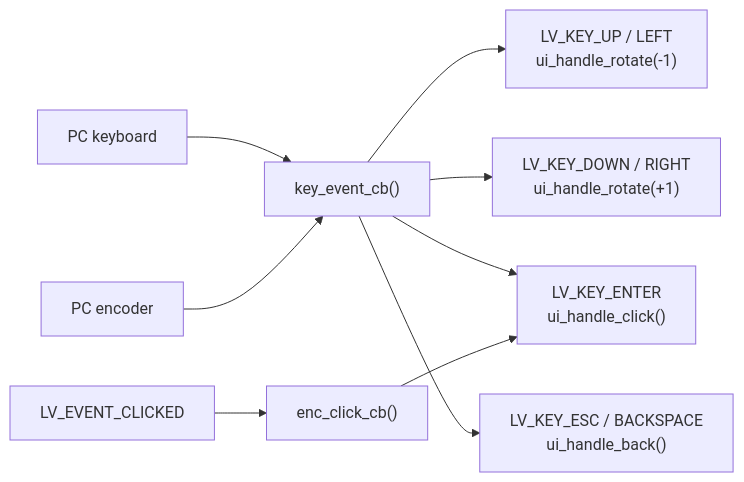
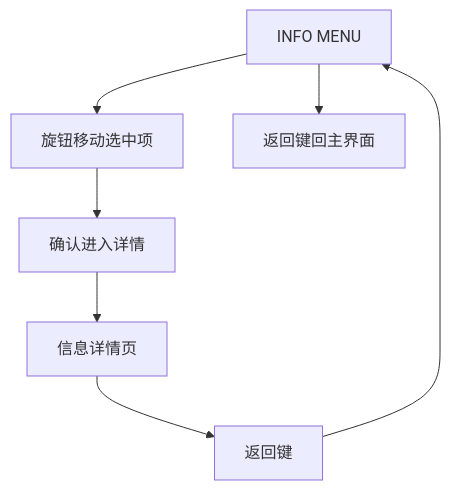
The third of 12 diagrams in UI_html_DOC/UI_STATE_LOGIC.md (arexvision/lv_port_win_codeblocks-release-v8.3_hasGroup), drawn with Mermaid before and after one commit. The commit also changed other lines of this file, not shown here.

````diff
--- a/UI_html_DOC/UI_STATE_LOGIC.md
+++ b/UI_html_DOC/UI_STATE_LOGIC.md
@@ -60,12 +86,9 @@
 ```mermaid
-flowchart LR
-    Keyboard["PC keyboard"] --> KeyEvent["key_event_cb()"]
-    Encoder["PC encoder"] --> KeyEvent
-    MouseClick["LV_EVENT_CLICKED"] --> ClickCb["enc_click_cb()"]
-
-    KeyEvent --> RotateMinus["LV_KEY_UP / LEFT<br/>ui_handle_rotate(-1)"]
-    KeyEvent --> RotatePlus["LV_KEY_DOWN / RIGHT<br/>ui_handle_rotate(+1)"]
-    KeyEvent --> Click["LV_KEY_ENTER<br/>ui_handle_click()"]
-    KeyEvent --> Back["LV_KEY_ESC / BACKSPACE<br/>ui_handle_back()"]
-    ClickCb --> Click
+flowchart TB
+    Info["INFO MENU"] --> Move["旋钮移动选中项"]
+    Move --> Click["确认进入详情"]
+    Click --> Detail["信息详情页"]
+    Detail --> Back["返回键"]
+    Back --> Info
+    Info --> BackMain["返回键回主界面"]
 ```
````
